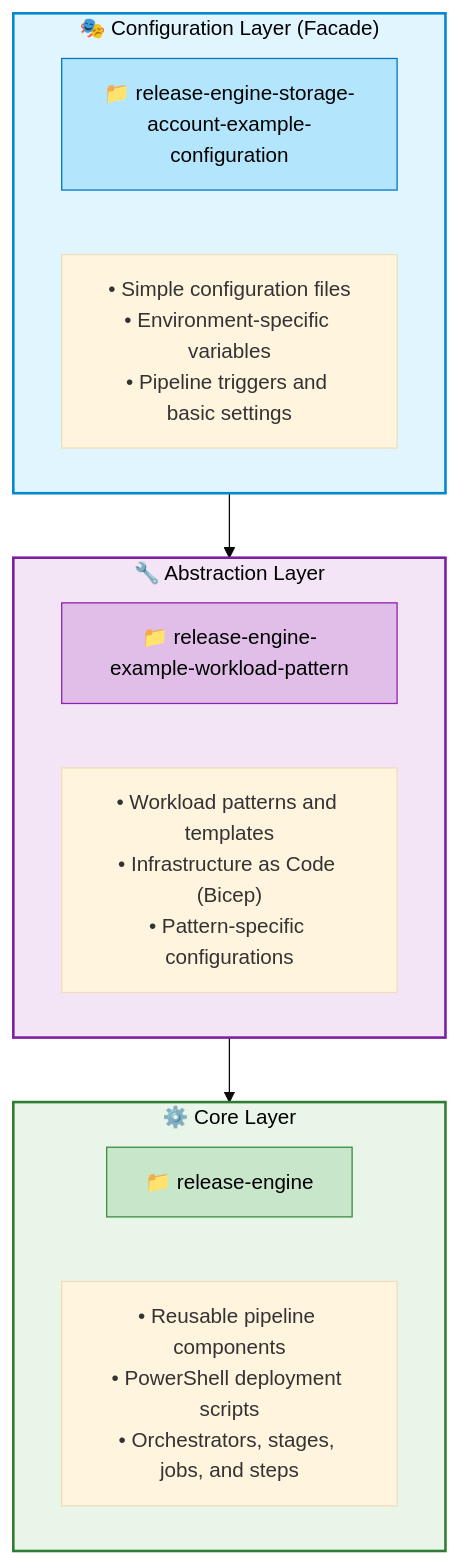
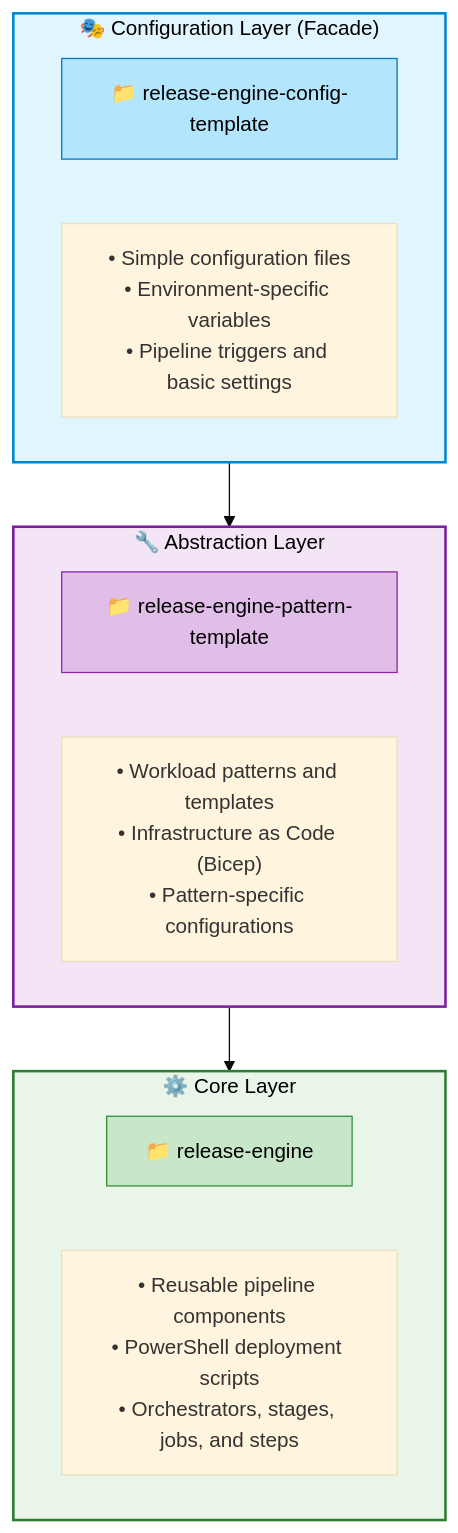
The first of 4 diagrams in docs/Release-Engine-Solution-Architecture.md (thecloudexplorers/release-engine), drawn with Mermaid (base theme) before and after one commit. The commit also changed other lines of this file and 6 other files, not shown here.

````diff
--- a/docs/Release-Engine-Solution-Architecture.md
+++ b/docs/Release-Engine-Solution-Architecture.md
@@ -11,27 +11,27 @@
 ```mermaid
 graph TD
     subgraph Config["🎭 Configuration Layer (Facade)"]
-        ConfigRepo["📁 release-engine-storage-account-example-configuration"]
+        ConfigRepo["📁 release-engine-config-template"]
         ConfigFeatures["• Simple configuration files<br/>• Environment-specific variables<br/>• Pipeline triggers and basic settings"]
     end
     
     subgraph Abstract["🔧 Abstraction Layer"]
-        AbstractRepo["📁 release-engine-example-workload-pattern"]
+        AbstractRepo["📁 release-engine-pattern-template"]
         AbstractFeatures["• Workload patterns and templates<br/>• Infrastructure as Code (Bicep)<br/>• Pattern-specific configurations"]
     end
     
     subgraph Core["⚙️ Core Layer"]
         CoreRepo["📁 release-engine"]
         CoreFeatures["• Reusable pipeline components<br/>• PowerShell deployment scripts<br/>• Orchestrators, stages, jobs, and steps"]
     end
     
     Config --> Abstract
     Abstract --> Core
     
     style Config fill:#e1f5fe,stroke:#0288d1,stroke-width:2px,color:#000
     style Abstract fill:#f3e5f5,stroke:#7b1fa2,stroke-width:2px,color:#000
     style Core fill:#e8f5e8,stroke:#2e7d32,stroke-width:2px,color:#000
     style ConfigRepo fill:#b3e5fc,stroke:#0277bd,stroke-width:1px,color:#000
     style AbstractRepo fill:#e1bee7,stroke:#8e24aa,stroke-width:1px,color:#000
     style CoreRepo fill:#c8e6c9,stroke:#388e3c,stroke-width:1px,color:#000
 ```
````
